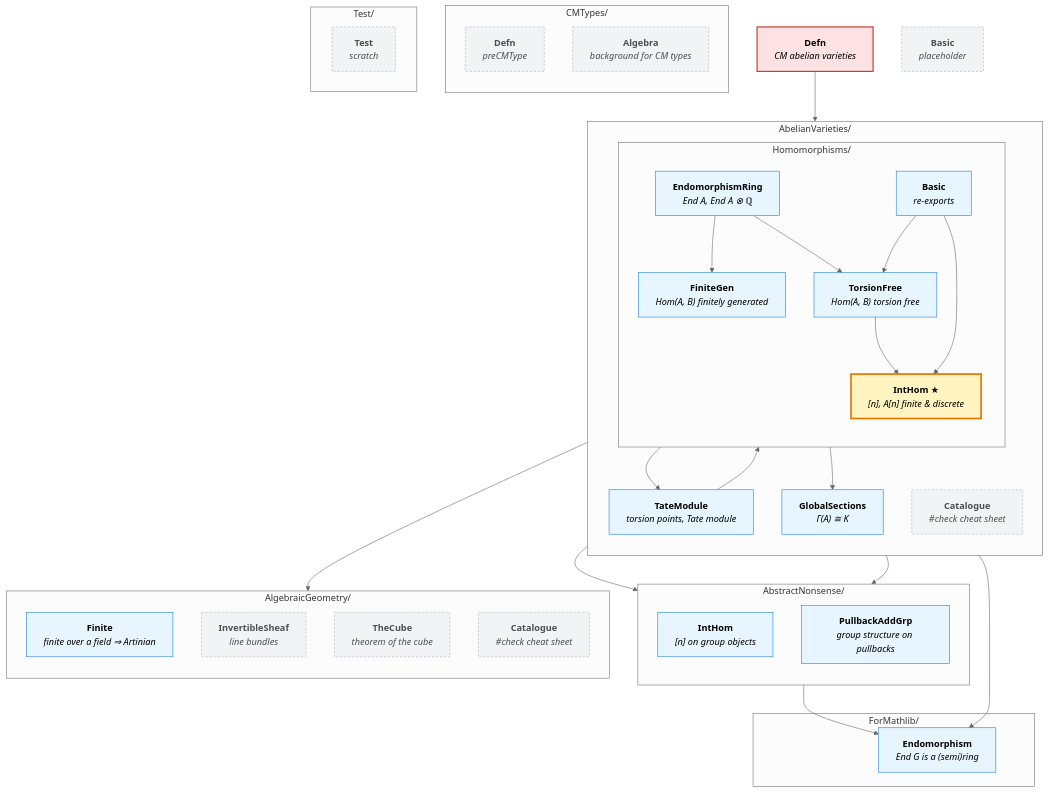
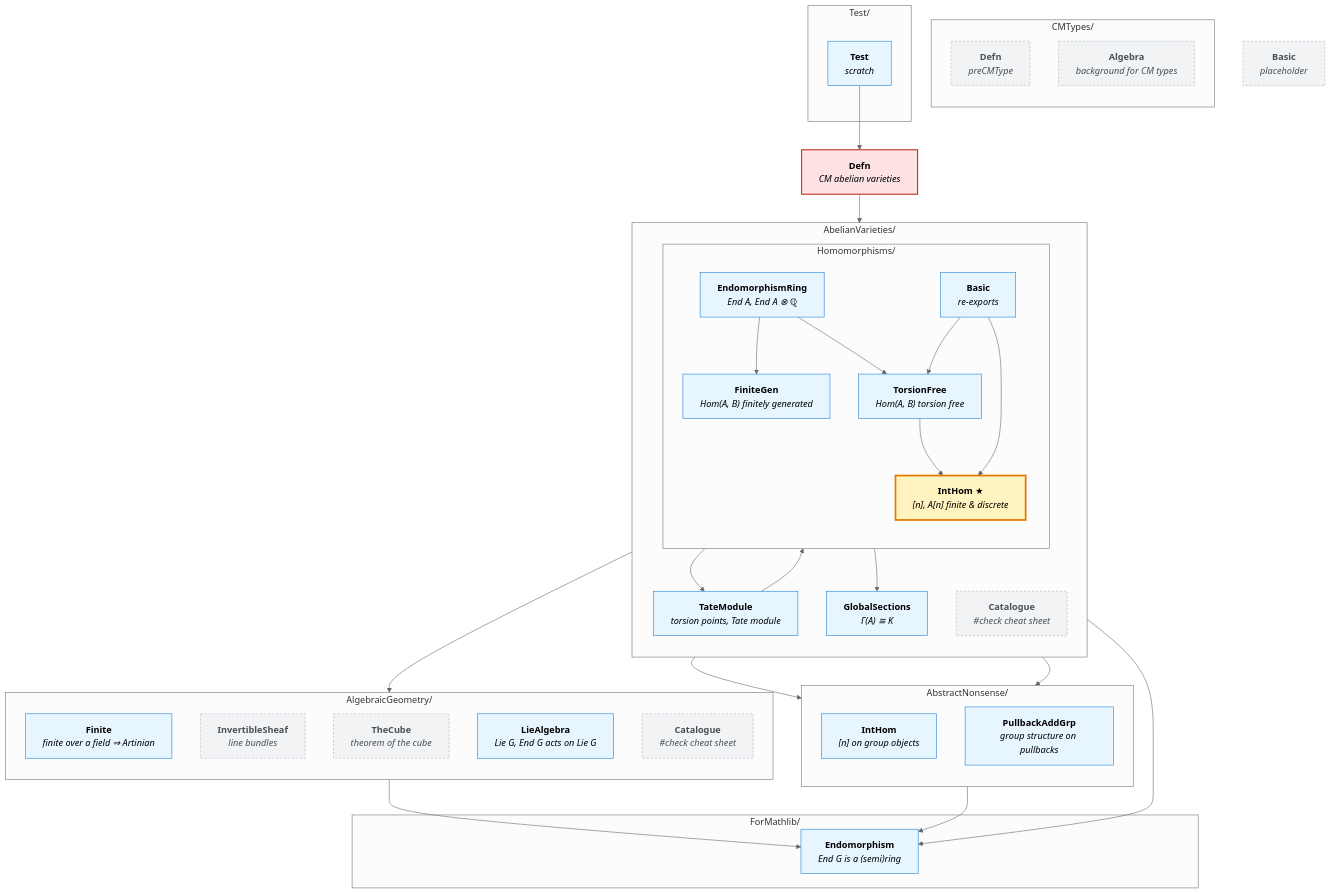
One commit to abhijitaj1997/CMAbelianVarieties changed the diagram in CMAbelianVarieties/MindMap.md. Above: the diagram before and after it, drawn with Mermaid (neutral theme). The commit also changed 2 other files, not shown here.

Commit message:
chore: complete end-of-session checklist

````diff
--- a/CMAbelianVarieties/MindMap.md
+++ b/CMAbelianVarieties/MindMap.md
@@ -41,6 +41,7 @@
     Finite["<b>Finite</b><br/><i>finite over a field ⇒ Artinian</i>"]
     InvertibleSheaf["<b>InvertibleSheaf</b><br/><i>line bundles</i>"]
     TheCube["<b>TheCube</b><br/><i>theorem of the cube</i>"]
+    LieAlgebra["<b>LieAlgebra</b><br/><i>Lie G, End G acts on Lie G</i>"]
     AGCatalogue["<b>Catalogue</b><br/><i>#check cheat sheet</i>"]
   end
 
@@ -76,6 +77,8 @@
   IntHomAV --> PullbackAddGrp
   IntHomAV --> Finite
   IntHomAN --> Endomorphism
+  LieAlgebra --> Endomorphism
+  Test --> Defn
 
   %% ---------- colours ----------
   classDef goal fill:#fde2e4,stroke:#c0392b,stroke-width:2px,color:#000
@@ -85,6 +88,6 @@
 
   class Defn goal
   class IntHomAV hub
-  class EndomorphismRing,FiniteGen,TorsionFree,HomBasic,TateModule,GlobalSections,IntHomAN,PullbackAddGrp,Finite,Endomorphism connected
-  class Basic,AVCatalogue,InvertibleSheaf,TheCube,AGCatalogue,CMDefn,CMAlgebra,Test unused
+  class EndomorphismRing,FiniteGen,TorsionFree,HomBasic,TateModule,GlobalSections,IntHomAN,PullbackAddGrp,Finite,Endomorphism,LieAlgebra,Test connected
+  class Basic,AVCatalogue,InvertibleSheaf,TheCube,AGCatalogue,CMDefn,CMAlgebra unused
 ```
````
